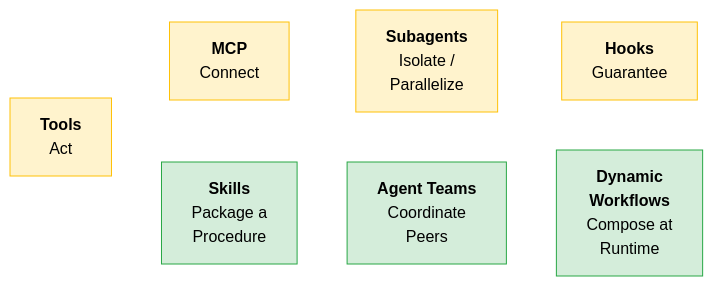
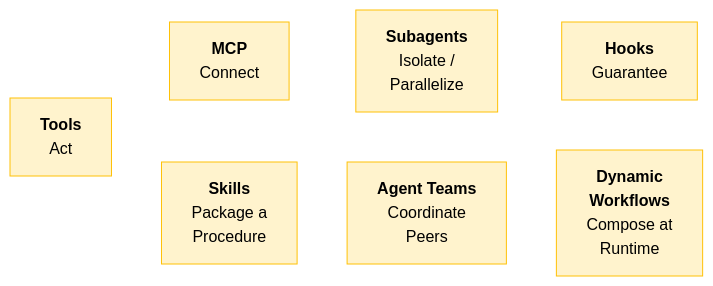
One commit to shreyabaid007/Claude-Certified-Architect changed the second of 4 diagrams in Professional/01-Claude-Platform-and-Solution-Design/02-Platform-Map-and-Primitives.md. Above: the diagram before and after it, drawn with Mermaid. The commit also changed other lines of this file and 1 other file, not shown here.

First line of the commit message:
Standardize to two-color palette across all study diagrams

````diff
--- a/Professional/01-Claude-Platform-and-Solution-Design/02-Platform-Map-and-Primitives.md
+++ b/Professional/01-Claude-Platform-and-Solution-Design/02-Platform-Map-and-Primitives.md
@@ -81,17 +79,16 @@
 ```mermaid
 flowchart LR
-    classDef yellow fill:#fff3cd,stroke:#ffc107,color:#000
-    classDef green fill:#d4edda,stroke:#28a745,color:#000
+    classDef concept fill:#fff3cd,stroke:#ffc107,color:#000
 
-    T["<b>Tools</b><br/>Act"]:::yellow
-    M["<b>MCP</b><br/>Connect"]:::yellow
-    S["<b>Subagents</b><br/>Isolate /<br/>Parallelize"]:::yellow
-    H["<b>Hooks</b><br/>Guarantee"]:::yellow
-    SK["<b>Skills</b><br/>Package a<br/>Procedure"]:::green
-    AT["<b>Agent Teams</b><br/>Coordinate<br/>Peers"]:::green
-    DW["<b>Dynamic<br/>Workflows</b><br/>Compose at<br/>Runtime"]:::green
+    T["<b>Tools</b><br/>Act"]:::concept
+    M["<b>MCP</b><br/>Connect"]:::concept
+    S["<b>Subagents</b><br/>Isolate /<br/>Parallelize"]:::concept
+    H["<b>Hooks</b><br/>Guarantee"]:::concept
+    SK["<b>Skills</b><br/>Package a<br/>Procedure"]:::concept
+    AT["<b>Agent Teams</b><br/>Coordinate<br/>Peers"]:::concept
+    DW["<b>Dynamic<br/>Workflows</b><br/>Compose at<br/>Runtime"]:::concept
 
     T ~~~ M ~~~ S ~~~ H
     SK ~~~ AT ~~~ DW
     T ~~~ SK
 ```
````
